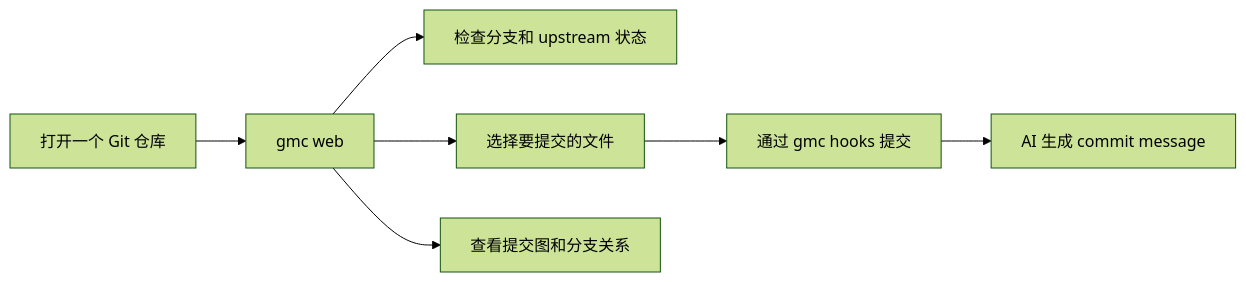
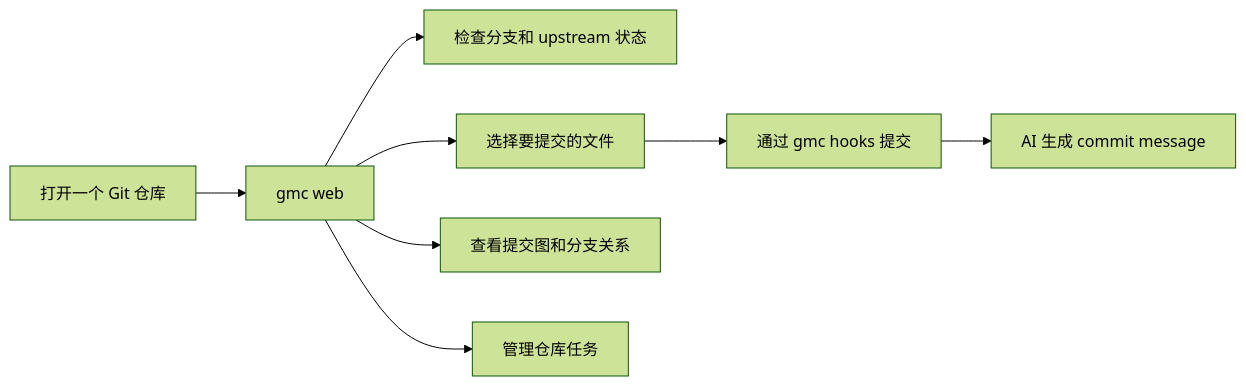
One commit to taontech/vibe-git changed the diagram in README.zh-CN.md. Above: the diagram before and after it, drawn with Mermaid (forest theme). The commit also changed other lines of this file and 6 other files, not shown here.

````diff
--- a/README.zh-CN.md
+++ b/README.zh-CN.md
@@ -21,9 +22,10 @@
 ```mermaid
 flowchart LR
   A["打开一个 Git 仓库"] --> B["gmc web"]
   B --> C["检查分支和 upstream 状态"]
   B --> D["选择要提交的文件"]
   D --> E["通过 gmc hooks 提交"]
   E --> F["AI 生成 commit message"]
   B --> G["查看提交图和分支关系"]
+  B --> H["管理仓库任务"]
 ```
````
